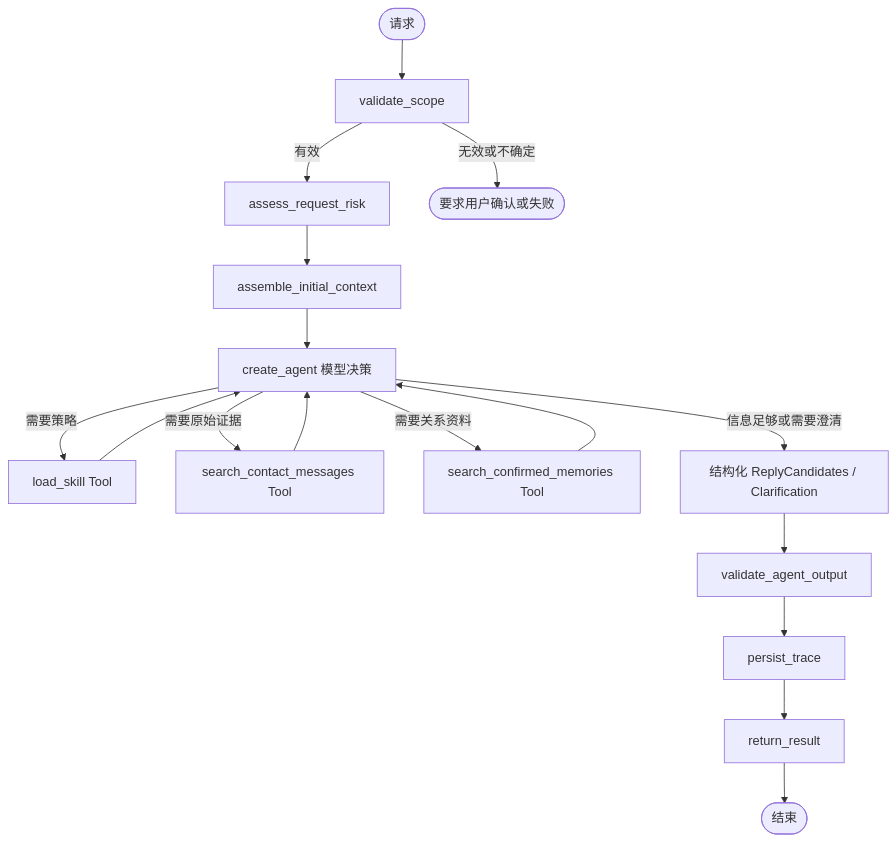
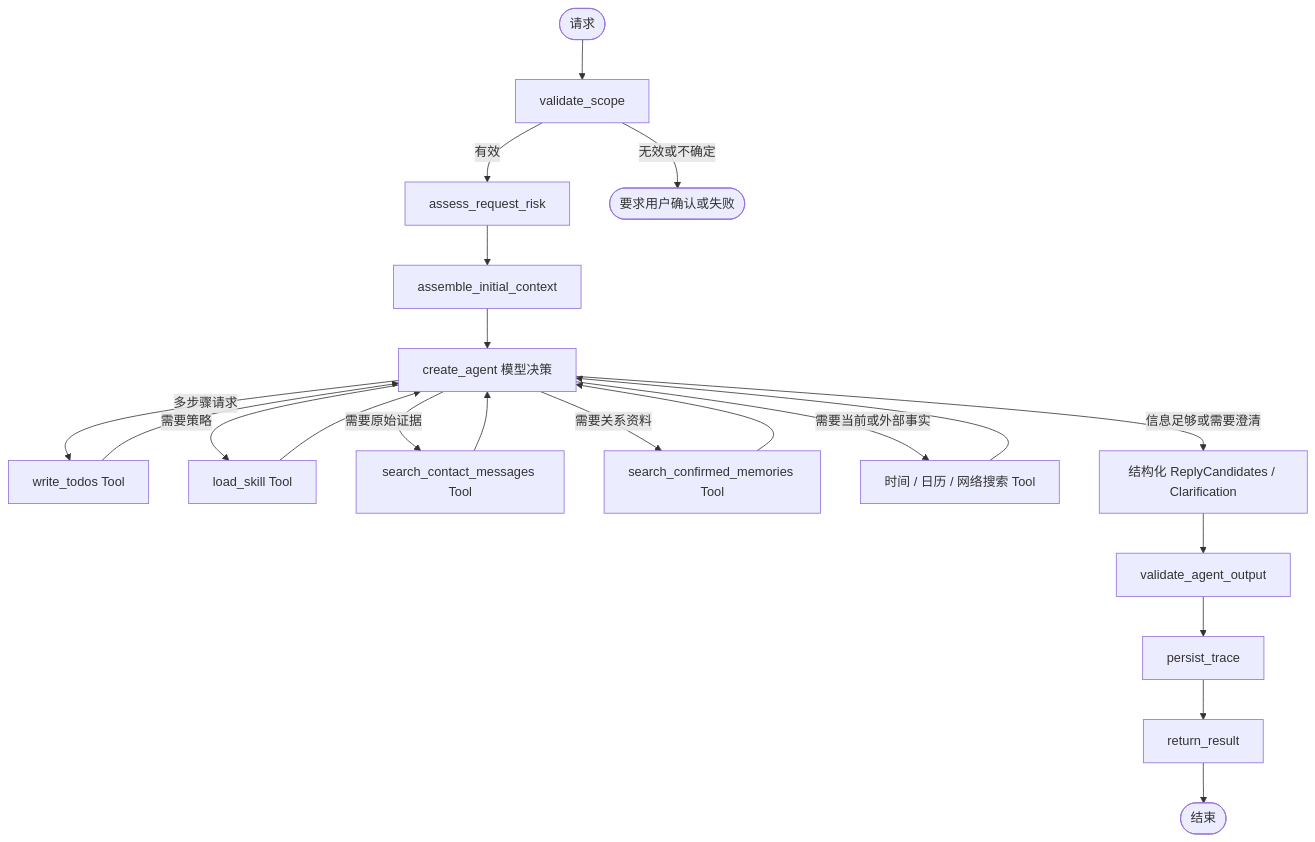
Before and after one commit to Aqua-ava/NotAlone: the second of 2 diagrams in architecture/drafts/agent-runtime.md, drawn with Mermaid. The commit also changed other lines of this file and 4 other files, not shown here.

````diff
--- a/architecture/drafts/agent-runtime.md
+++ b/architecture/drafts/agent-runtime.md
@@ -48,19 +51,23 @@
 ```mermaid
 flowchart TD
     Start([请求]) --> Scope["validate_scope"]
     Scope -->|有效| Risk["assess_request_risk"]
     Scope -->|无效或不确定| Failed([要求用户确认或失败])
     Risk --> Context["assemble_initial_context"]
     Context --> Agent["create_agent 模型决策"]
+    Agent -->|多步骤请求| Todo["write_todos Tool"]
     Agent -->|需要策略| Skill["load_skill Tool"]
     Agent -->|需要原始证据| Messages["search_contact_messages Tool"]
     Agent -->|需要关系资料| Memories["search_confirmed_memories Tool"]
+    Agent -->|需要当前或外部事实| External["时间 / 日历 / 网络搜索 Tool"]
+    Todo --> Agent
     Skill --> Agent
     Messages --> Agent
     Memories --> Agent
+    External --> Agent
     Agent -->|信息足够或需要澄清| Output["结构化 ReplyCandidates / Clarification"]
     Output --> Validate["validate_agent_output"]
     Validate --> Persist["persist_trace"]
     Persist --> Return["return_result"]
     Return --> End([结束])
 ```
````
